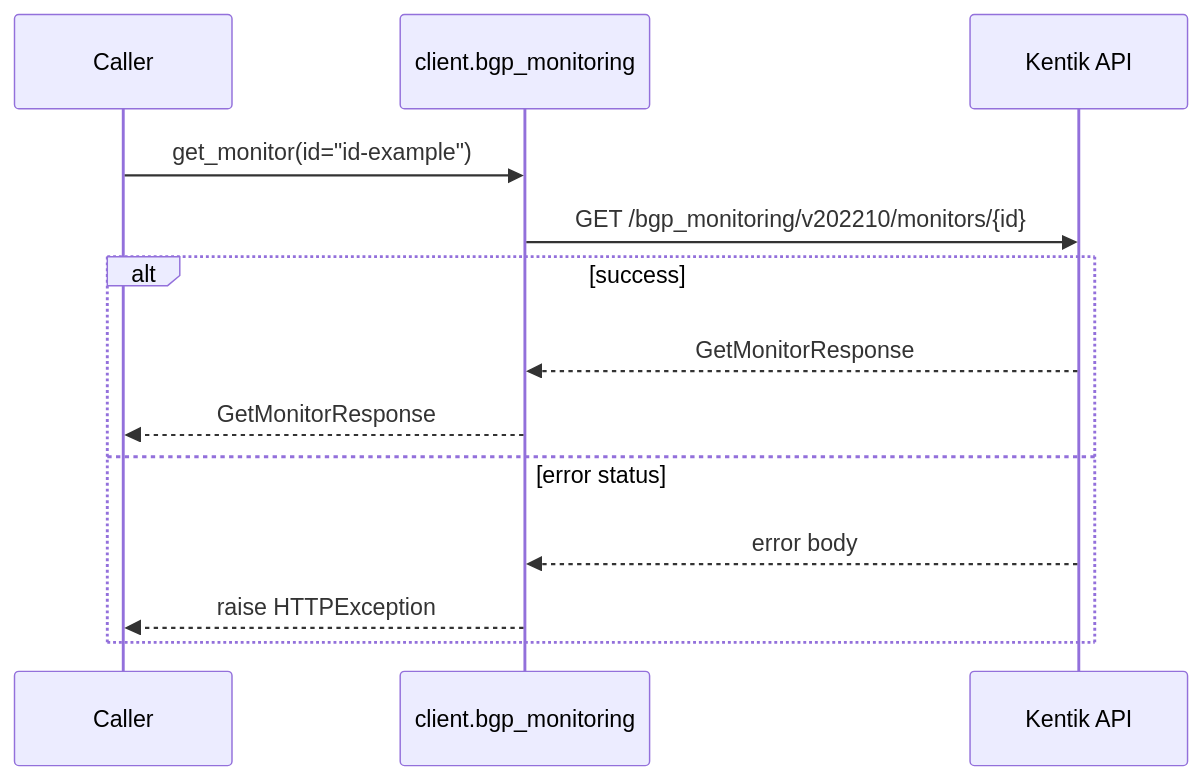
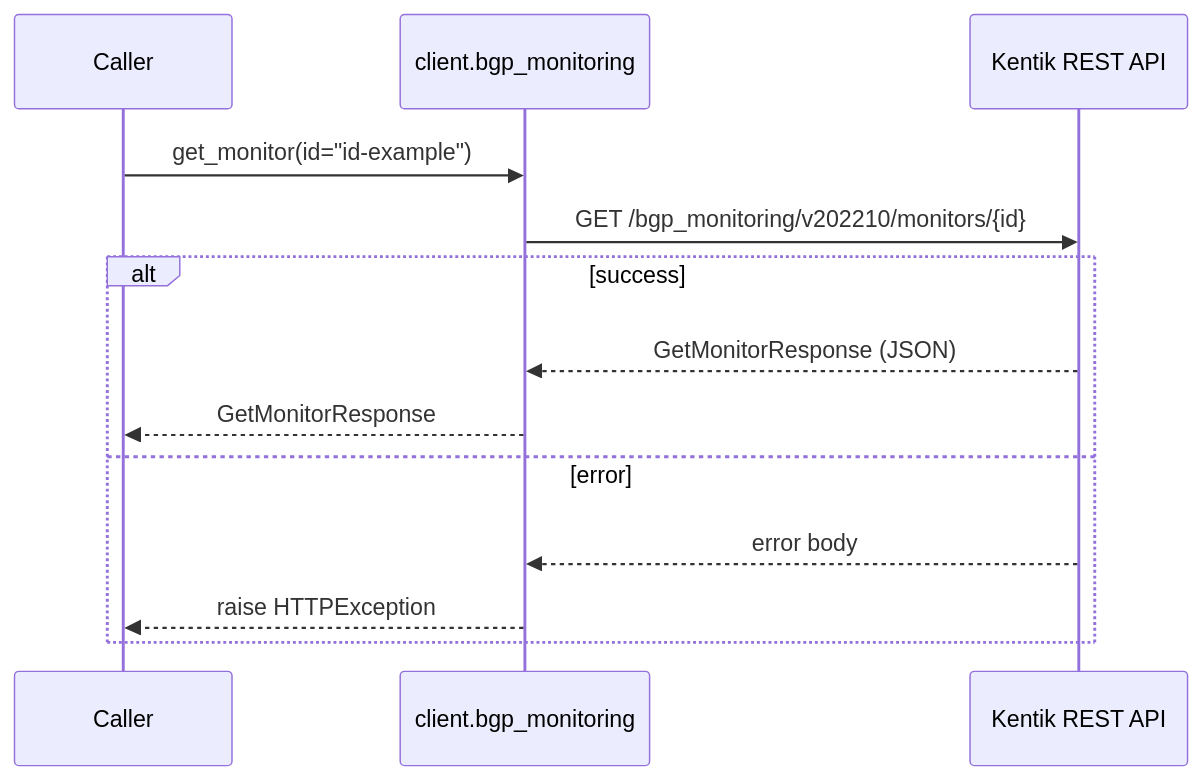
Before and after one commit to alexdearaujo/community_sdk_python: the tenth of 18 diagrams in docs/sphinx/services/bgp_monitoring.md, drawn with Mermaid. The commit also changed other lines of this file and 61 other files, not shown here.

````diff
--- a/docs/sphinx/services/bgp_monitoring.md
+++ b/docs/sphinx/services/bgp_monitoring.md
@@ -227,16 +329,16 @@
 ```mermaid
 sequenceDiagram
     participant C as Caller
     participant W as client.bgp_monitoring
-    participant API as Kentik API
+    participant API as Kentik REST API
 
     C->>W: get_monitor(id="id-example")
     W->>API: GET /bgp_monitoring/v202210/monitors/{id}
     alt success
-        API-->>W: GetMonitorResponse
+        API-->>W: GetMonitorResponse (JSON)
         W-->>C: GetMonitorResponse
-    else error status
+    else error
         API-->>W: error body
         W-->>C: raise HTTPException
     end
 ```
````
